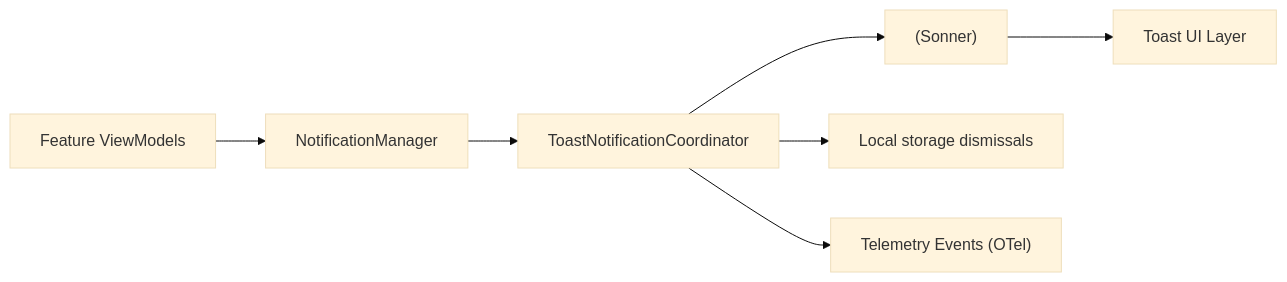
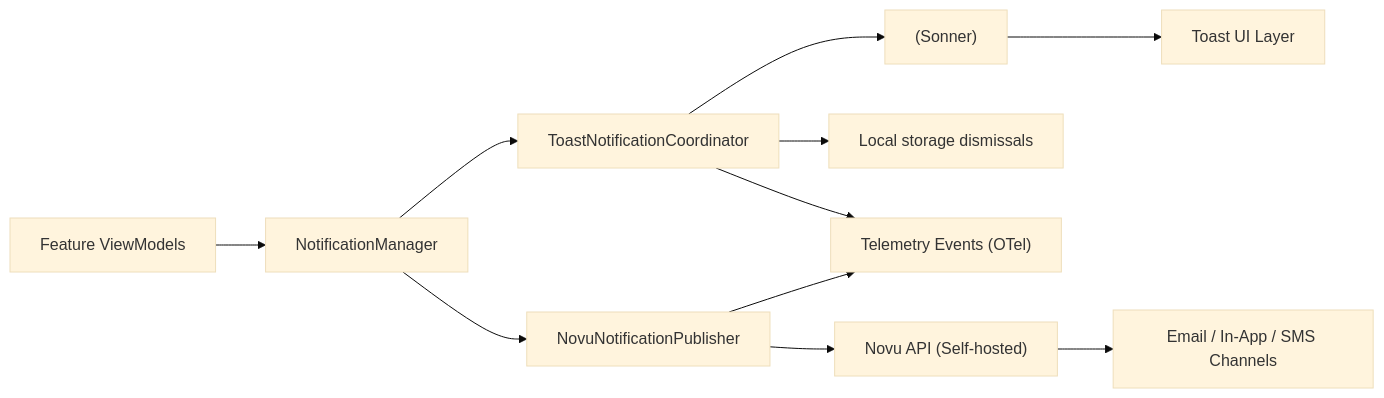
The diagram in docs/diagrams/adr-012-notification-experience-and-toasts/architecture-overview.mmd (marcelkenner/clarivum), drawn with Mermaid (base theme) before and after one commit. The commit also changed 75 other files, not shown here.

````diff
--- a/docs/diagrams/adr-012-notification-experience-and-toasts/architecture-overview.mmd
+++ b/docs/diagrams/adr-012-notification-experience-and-toasts/architecture-overview.mmd
@@ -1,9 +1,13 @@
 ```mermaid
 flowchart LR
     ViewModel["Feature ViewModels"] --> NotificationManager["NotificationManager"]
     NotificationManager --> ToastCoordinator["ToastNotificationCoordinator"]
+    NotificationManager --> NovuPublisher["NovuNotificationPublisher"]
     ToastCoordinator --> SonnerToaster["<Toaster /> (Sonner)"]
     SonnerToaster --> UI["Toast UI Layer"]
     ToastCoordinator --> DismissStorage["Local storage dismissals"]
     ToastCoordinator --> Telemetry["Telemetry Events (OTel)"]
+    NovuPublisher --> NovuAPI["Novu API (Self-hosted)"]
+    NovuAPI --> NovuChannels["Email / In-App / SMS Channels"]
+    NovuPublisher --> Telemetry
 ```
````
